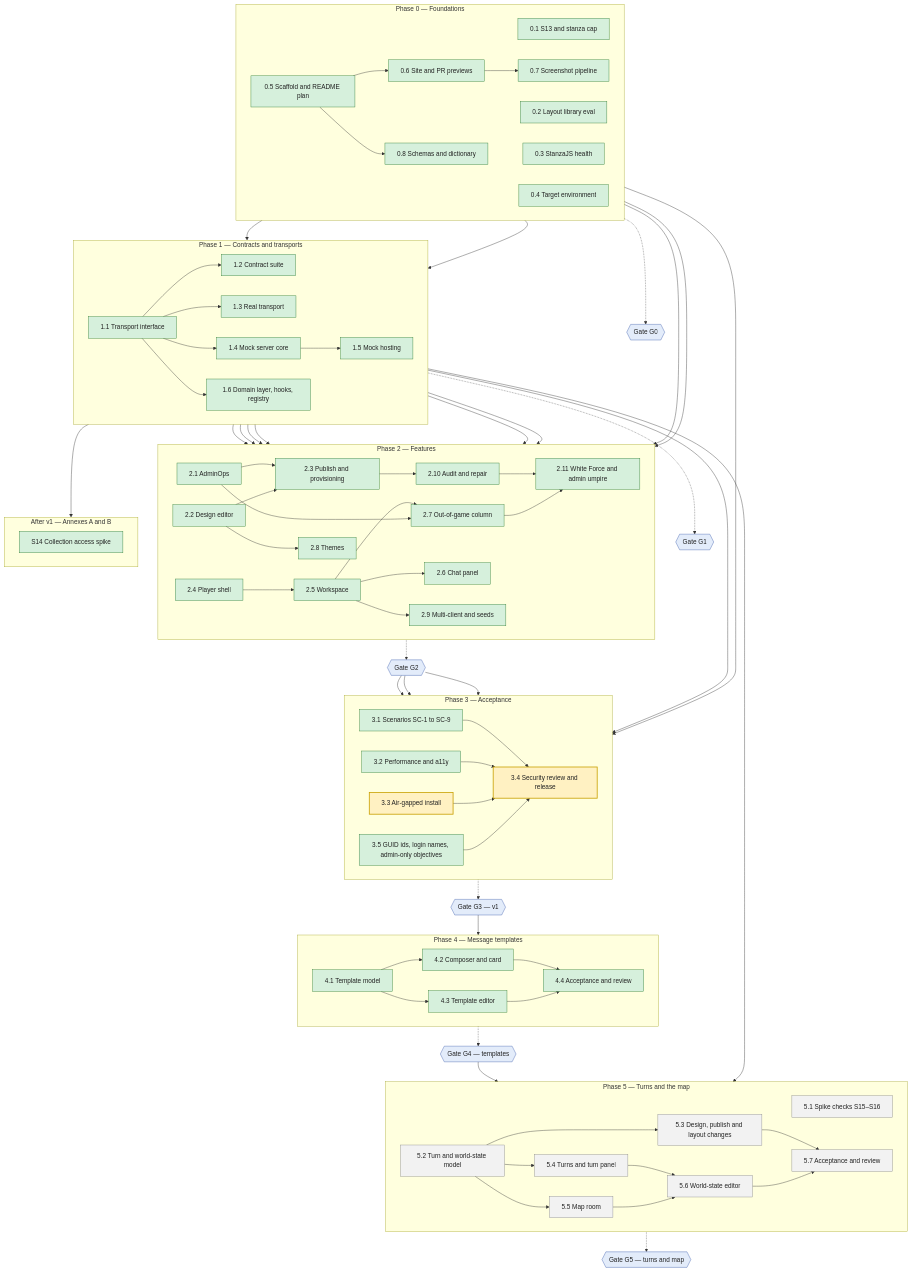
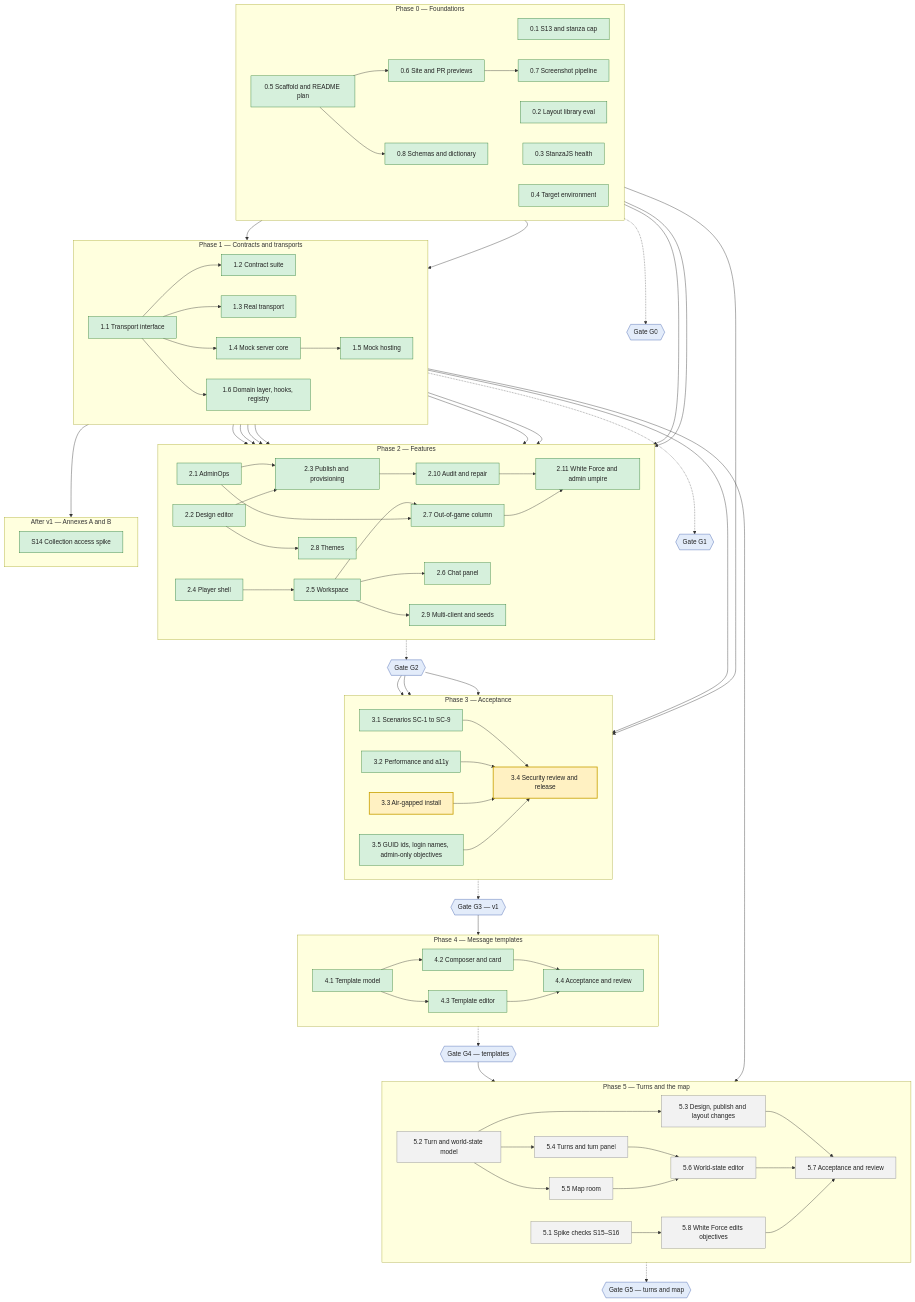
One commit to serge-web/war-rooms-x2 changed the diagram in README.md. Above: the diagram before and after it, drawn with Mermaid. The commit also changed 2 other files, not shown here.

Commit message:
SRD and plan: White Force non-observers edit objectives again (owner, Nov 3); WP 5.8
D21, §3 rule 14, PLY-35 and R10 take the Nov 3 draft's rule over WP 3.5's
admin-only one: one item per author, newest by server timestamp (S15), cleanup
when a role leaves the White Force. WP 5.8 builds it after the spike checks.

Claude-Session: https://claude.ai/code/session_01TY1E6c57xxT5mxvjEfpJhn

```diff
--- a/README.md
+++ b/README.md
@@ -65,6 +65,7 @@
         wp54["5.4 Turns and turn panel"]
         wp55["5.5 Map room"]
         wp56["5.6 World-state editor"]
+        wp58["5.8 White Force edits objectives"]
         wp57["5.7 Acceptance and review"]
     end
     subgraph PX["After v1 — Annexes A and B"]
@@ -109,14 +110,15 @@
     wp12 --> wp51
     wp52 --> wp53 & wp54 & wp55
     wp54 & wp55 --> wp56
-    wp53 & wp56 --> wp57
+    wp51 --> wp58
+    wp53 & wp56 & wp58 --> wp57
     P5 -.-> G5
 
     classDef todo fill:#f2f2f2,stroke:#888,color:#222
     classDef active fill:#fff1c2,stroke:#c9a000,color:#222,stroke-width:2px
     classDef done fill:#d6f0dc,stroke:#2e7d32,color:#222
     classDef gate fill:#e3ecfa,stroke:#3b5bab,color:#222
-    class wp51,wp52,wp53,wp54,wp55,wp56,wp57 todo
+    class wp51,wp52,wp53,wp54,wp55,wp56,wp57,wp58 todo
     class wp33,wp34 active
     class wp01,wp02,wp03,wp04,wp05,wp06,wp07,wp08,wp11,wp12,wp13,wp14,wp15,wp16,wp21,wp22,wp23,wp24,wp25,wp26,wp27,wp28,wp29,wp210,wp211,wp31,wp32,wp35,wps14,wp41,wp42,wp43,wp44 done
     class G0,G1,G2,G3,G4,G5 gate
```
